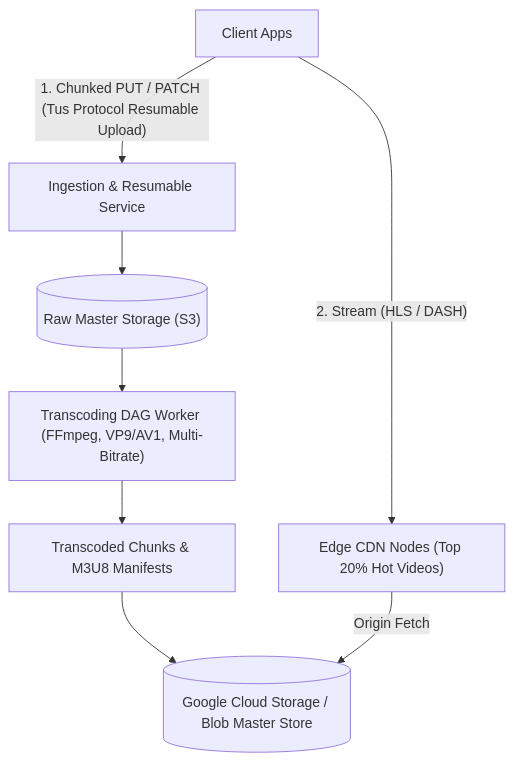
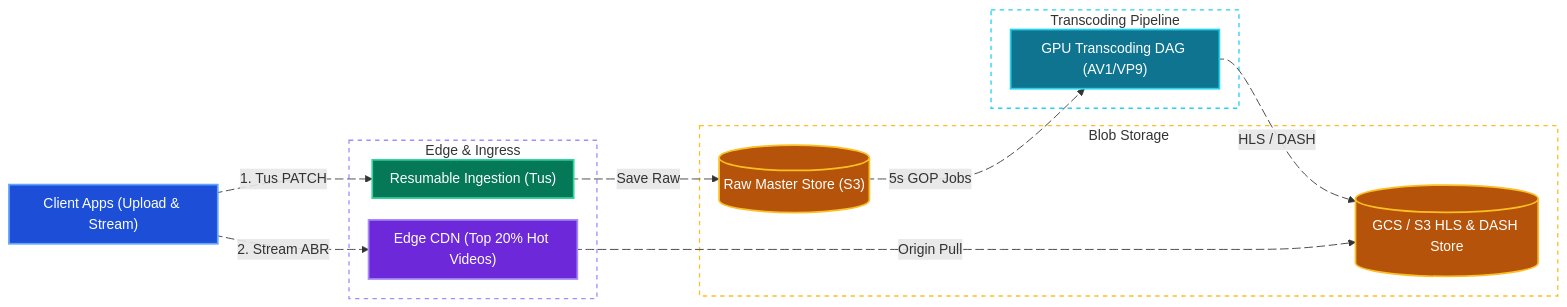
Before and after one commit to tarunbatta/tech-interview-prep: the first of 3 diagrams in system-design/youtube.md, drawn with Mermaid. The commit also changed other lines of this file and 30 other files, not shown here.

First line of the commit message:
docs(system-design): convert Mermaid flowcharts to LR with colors and animated edges

````diff
--- a/system-design/youtube.md
+++ b/system-design/youtube.md
@@ -57,10 +57,45 @@
 ```mermaid
-flowchart TD
-    Clients["Client Apps"] -->|"1. Chunked PUT / PATCH (Tus Protocol Resumable Upload)"| IngestSvc["Ingestion & Resumable Service"]
-    Clients -->|"2. Stream (HLS / DASH)"| EdgeCDN["Edge CDN Nodes (Top 20% Hot Videos)"]
-    IngestSvc --> RawMaster[("Raw Master Storage (S3)")]
-    RawMaster --> TranscodeDAG["Transcoding DAG Worker (FFmpeg, VP9/AV1, Multi-Bitrate)"]
-    TranscodeDAG --> TranscodedChunks["Transcoded Chunks & M3U8 Manifests"]
-    TranscodedChunks --> OriginStore[("Google Cloud Storage / Blob Master Store")]
-    EdgeCDN -->|"Origin Fetch"| OriginStore
+%%{init: {'flowchart': {'nodeSpacing': 25, 'rankSpacing': 45, 'padding': 10}}}%%
+flowchart LR
+    Clients["Client Apps (Upload & Stream)"]
+    subgraph EdgeTier["Edge & Ingress"]
+        EdgeCDN["Edge CDN (Top 20% Hot Videos)"]
+        IngestSvc["Resumable Ingestion (Tus)"]
+    end
+    subgraph AppBackend["Transcoding Pipeline"]
+        TranscodeDAG["GPU Transcoding DAG (AV1/VP9)"]
+    end
+    subgraph DataLayer["Blob Storage"]
+        RawMaster[("Raw Master Store (S3)")]
+        OriginStore[("GCS / S3 HLS & DASH Store")]
+    end
+    Clients e1@-->|"1. Tus PATCH"| IngestSvc
+    Clients e2@-->|"2. Stream ABR"| EdgeCDN
+    IngestSvc e3@-->|"Save Raw"| RawMaster
+    RawMaster e4@-->|"5s GOP Jobs"| TranscodeDAG
+    TranscodeDAG e5@-->|"HLS / DASH"| OriginStore
+    EdgeCDN e6@-->|"Origin Pull"| OriginStore
+
+    e1@{ animate: true }
+    e2@{ animate: true }
+    e3@{ animate: true }
+    e4@{ animate: true }
+    e5@{ animate: true }
+    e6@{ animate: true }
+
+    classDef client fill:#1d4ed8,stroke:#60a5fa,stroke-width:2px,color:#ffffff
+    classDef edge fill:#6d28d9,stroke:#a78bfa,stroke-width:2px,color:#ffffff
+    classDef service fill:#047857,stroke:#34d399,stroke-width:2px,color:#ffffff
+    classDef worker fill:#0e7490,stroke:#22d3ee,stroke-width:2px,color:#ffffff
+    classDef storage fill:#b45309,stroke:#fbbf24,stroke-width:2px,color:#ffffff
+
+    class Clients client
+    class EdgeCDN edge
+    class IngestSvc service
+    class TranscodeDAG worker
+    class RawMaster,OriginStore storage
+
+    style EdgeTier fill:transparent,stroke:#a78bfa,stroke-width:1.5px,stroke-dasharray: 5 5
+    style AppBackend fill:transparent,stroke:#22d3ee,stroke-width:1.5px,stroke-dasharray: 5 5
+    style DataLayer fill:transparent,stroke:#fbbf24,stroke-width:1.5px,stroke-dasharray: 5 5
 ```
````
